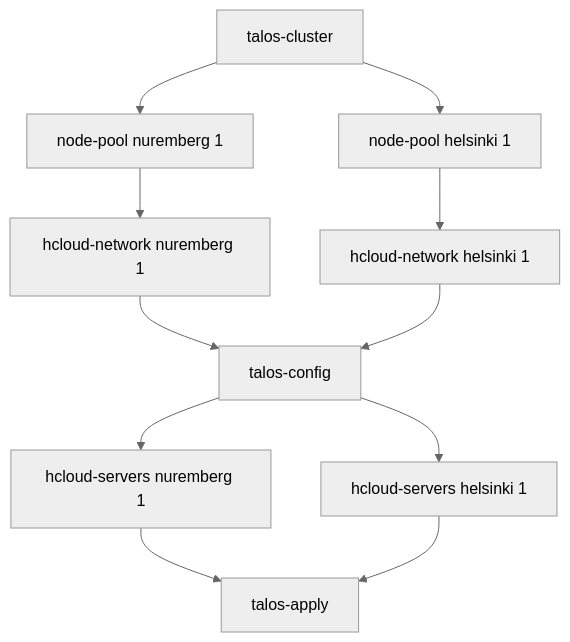
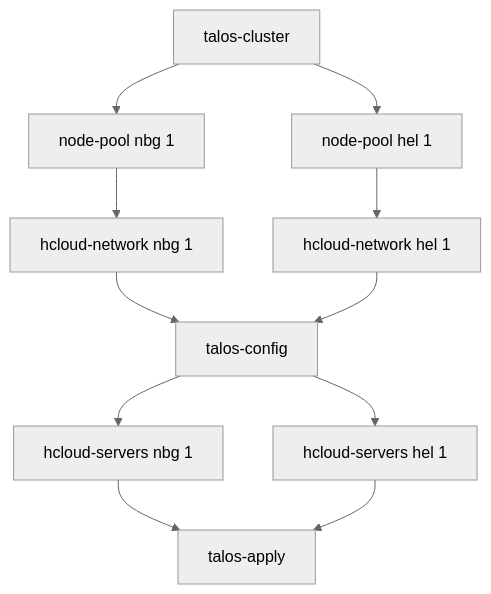
One commit to miran248/terraform-talos-modules changed the diagram in README.md. Above: the diagram before and after it, drawn with Mermaid.

Commit message:
fix(docs): fix diagram labels, again

````diff
--- a/README.md
+++ b/README.md
@@ -26,14 +26,14 @@
 ```mermaid
 %%{init: {'theme': 'neutral' } }%%
 flowchart TD
     talos-cluster --> node-pool-nuremberg-1
     talos-cluster --> node-pool-helsinki-1
-    node-pool-nuremberg-1[node-pool nuremberg 1] --> hcloud-network-nuremberg-1
-    node-pool-helsinki-1[node-pool helsinki 1] --> hcloud-network-helsinki-1
-    hcloud-network-nuremberg-1[hcloud-network nuremberg 1] --> talos-config
-    hcloud-network-helsinki-1[hcloud-network helsinki 1] --> talos-config
+    node-pool-nuremberg-1[node-pool nbg 1] --> hcloud-network-nuremberg-1
+    node-pool-helsinki-1[node-pool hel 1] --> hcloud-network-helsinki-1
+    hcloud-network-nuremberg-1[hcloud-network nbg 1] --> talos-config
+    hcloud-network-helsinki-1[hcloud-network hel 1] --> talos-config
     talos-config --> hcloud-servers-nuremberg-1
     talos-config --> hcloud-servers-helsinki-1
-    hcloud-servers-nuremberg-1[hcloud-servers nuremberg 1] --> talos-apply
-    hcloud-servers-helsinki-1[hcloud-servers helsinki 1] --> talos-apply
+    hcloud-servers-nuremberg-1[hcloud-servers nbg 1] --> talos-apply
+    hcloud-servers-helsinki-1[hcloud-servers hel 1] --> talos-apply
 ```
````
